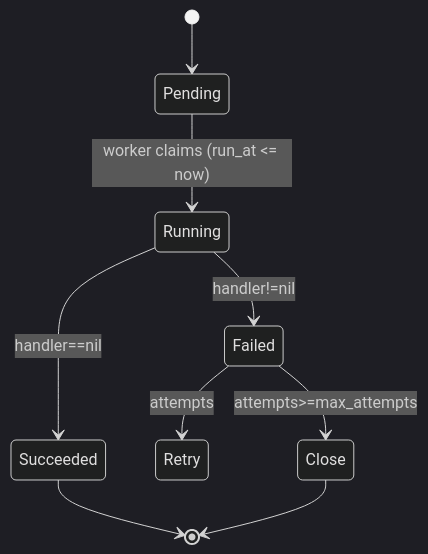
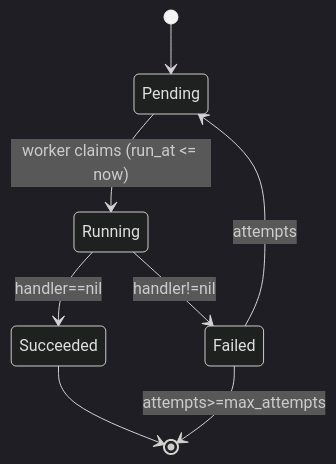
One commit to CL0UD6LOCK/kiln changed the diagram in README.md. Above: the diagram before and after it, drawn with Mermaid (dark theme).

````diff
--- a/README.md
+++ b/README.md
@@ -29,11 +29,10 @@
 ```mermaid
 stateDiagram-v2
     [*] --> Pending
     Pending --> Running: worker claims (run_at <= now)
     Running --> Succeeded: handler==nil
     Running --> Failed: handler!=nil
-    Failed --> Retry: attempts<max_attempts
-    Failed --> Close: attempts>=max_attempts
+    Failed --> Pending: attempts<max_attempts
+    Failed --> [*]: attempts>=max_attempts
     Succeeded --> [*]
-    Close --> [*]
 ```
````
